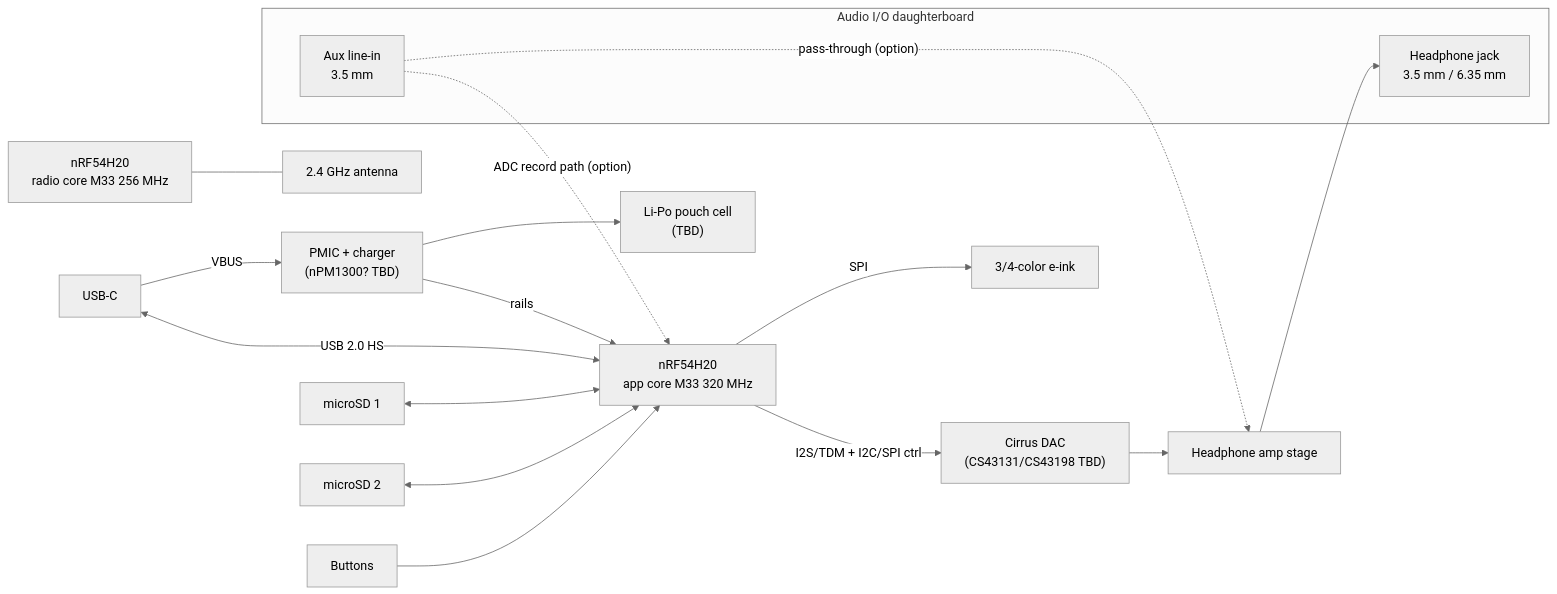
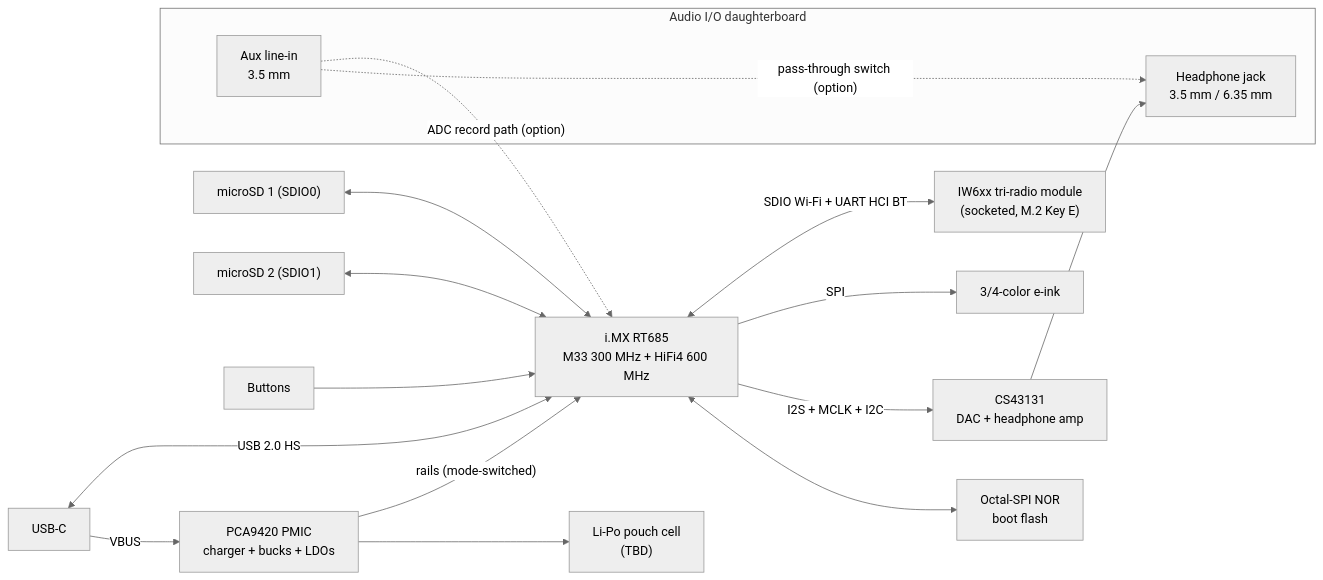
One commit to hoover55/osap changed the diagram in DESIGN.md. Above: the diagram before and after it, drawn with Mermaid (neutral theme). The commit also changed other lines of this file and 3 other files, not shown here.

First line of the commit message:
Adopt i.MX RT685 + IW6xx module architecture project-wide

````diff
--- a/DESIGN.md
+++ b/DESIGN.md
@@ -64,32 +67,32 @@
 ```mermaid
 flowchart LR
     USBC["USB-C"]
-    PMIC["PMIC + charger<br/>(nPM1300? TBD)"]
+    PMIC["PCA9420 PMIC<br/>charger + bucks + LDOs"]
     BATT["Li-Po pouch cell<br/>(TBD)"]
-    APP["nRF54H20<br/>app core M33 320 MHz"]
-    RAD["nRF54H20<br/>radio core M33 256 MHz"]
-    ANT["2.4 GHz antenna"]
-    DAC["Cirrus DAC<br/>(CS43131/CS43198 TBD)"]
-    AMP["Headphone amp stage"]
+    MCU["i.MX RT685<br/>M33 300 MHz + HiFi4 600 MHz"]
+    FLASH["Octal-SPI NOR<br/>boot flash"]
+    RADIO["IW6xx tri-radio module<br/>(socketed, M.2 Key E)"]
+    DAC["CS43131<br/>DAC + headphone amp"]
 
     subgraph DB["Audio I/O daughterboard"]
         JACK["Headphone jack<br/>3.5 mm / 6.35 mm"]
         AUX["Aux line-in<br/>3.5 mm"]
     end
-    SD1["microSD 1"]
-    SD2["microSD 2"]
+    SD1["microSD 1 (SDIO0)"]
+    SD2["microSD 2 (SDIO1)"]
     EINK["3/4-color e-ink"]
     BTNS["Buttons"]
 
     USBC -- "VBUS" --> PMIC --> BATT
-    PMIC -- "rails" --> APP
-    USBC <-- "USB 2.0 HS" --> APP
-    APP -- "I2S/TDM + I2C/SPI ctrl" --> DAC --> AMP --> JACK
-    AUX -. "pass-through (option)" .-> AMP
-    AUX -. "ADC record path (option)" .-> APP
-    SD1 <--> APP
-    SD2 <--> APP
-    APP -- "SPI" --> EINK
-    BTNS --> APP
-    RAD --- ANT
+    PMIC -- "rails (mode-switched)" --> MCU
+    USBC <-- "USB 2.0 HS" --> MCU
+    MCU <--> FLASH
+    MCU -- "I2S + MCLK + I2C" --> DAC --> JACK
+    AUX -. "pass-through switch (option)" .-> JACK
+    AUX -. "ADC record path (option)" .-> MCU
+    SD1 <--> MCU
+    SD2 <--> MCU
+    MCU -- "SPI" --> EINK
+    BTNS --> MCU
+    MCU <-- "SDIO Wi-Fi + UART HCI BT" --> RADIO
 ```
````
